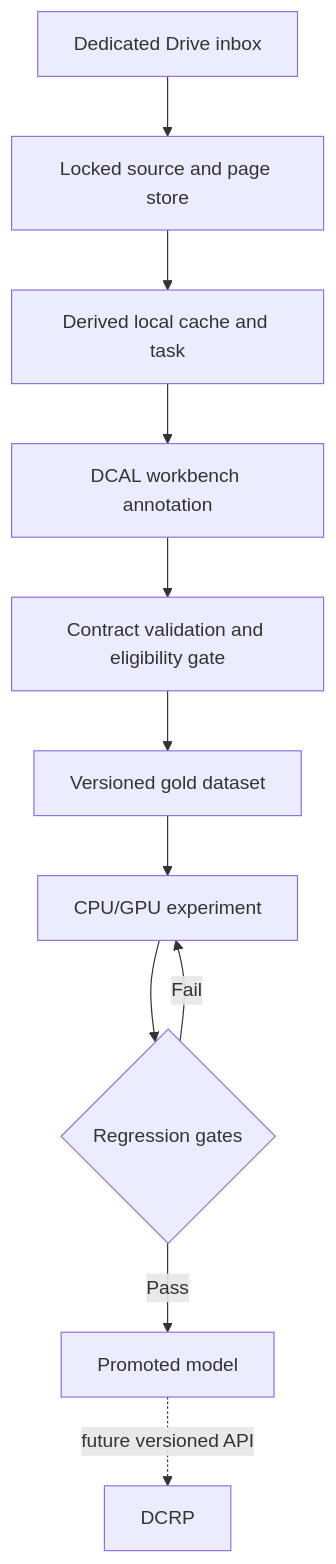
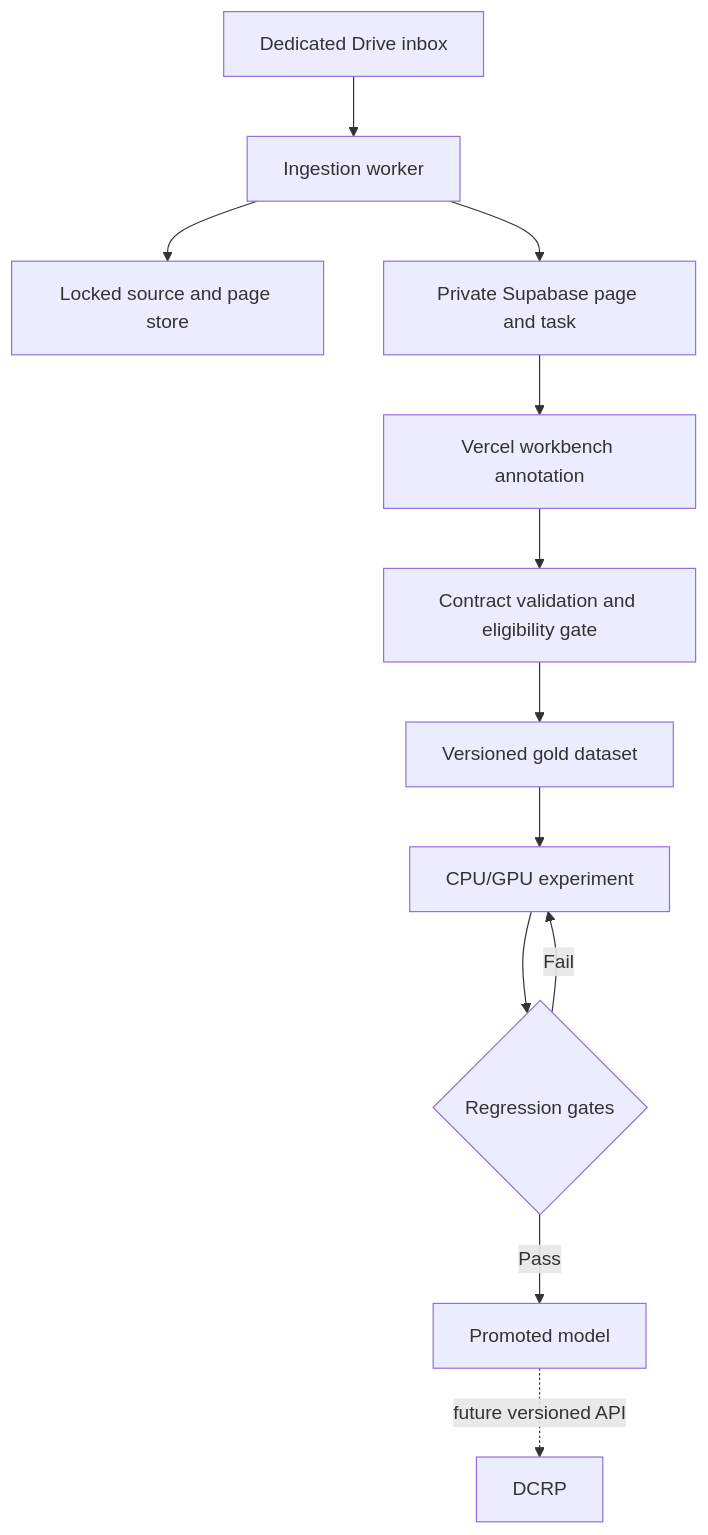
The second of 2 diagrams in docs/ARCHITECTURE.md (DrDewan/DCAL), drawn with Mermaid before and after one commit. The commit also changed other lines of this file and 61 other files, not shown here.

Commit message:
feat: add hosted Vercel Supabase workbench (#5)

````diff
--- a/docs/ARCHITECTURE.md
+++ b/docs/ARCHITECTURE.md
@@ -40,13 +40,14 @@
 ```mermaid
 flowchart TD
-    A["Dedicated Drive inbox"] --> B["Locked source and page store"]
-    B --> C["Derived local cache and task"]
-    C --> D["DCAL workbench annotation"]
-    D --> E["Contract validation and eligibility gate"]
-    E --> F["Versioned gold dataset"]
-    F --> G["CPU/GPU experiment"]
-    G --> H{"Regression gates"}
-    H -->|Fail| G
-    H -->|Pass| I["Promoted model"]
-    I -. "future versioned API" .-> J["DCRP"]
+    A["Dedicated Drive inbox"] --> C["Ingestion worker"]
+    C --> B["Locked source and page store"]
+    C --> D["Private Supabase page and task"]
+    D --> E["Vercel workbench annotation"]
+    E --> F["Contract validation and eligibility gate"]
+    F --> G["Versioned gold dataset"]
+    G --> H["CPU/GPU experiment"]
+    H --> I{"Regression gates"}
+    I -->|Fail| H
+    I -->|Pass| J["Promoted model"]
+    J -. "future versioned API" .-> K["DCRP"]
 ```
````
